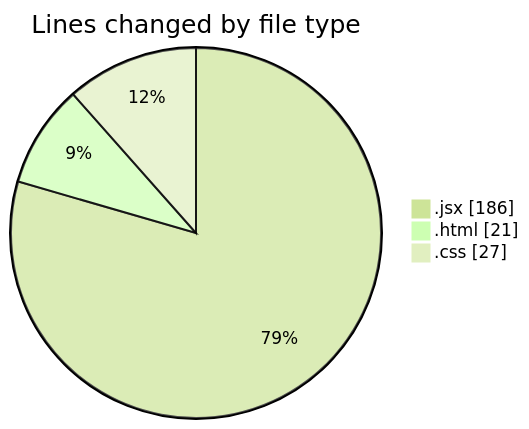
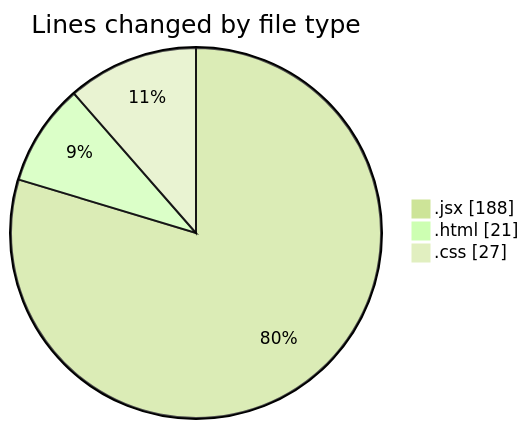
The first of 2 diagrams in 2025-02-13/elitegpt/README.md (Elitesun/code-tracking), drawn with Mermaid (forest theme) before and after one commit. The commit also changed other lines of this file and 1 other file, not shown here.

````diff
--- a/2025-02-13/elitegpt/README.md
+++ b/2025-02-13/elitegpt/README.md
@@ -26,7 +26,7 @@
 ```mermaid
 pie showData
 title Lines changed by file type
-".jsx" : 186
+".jsx" : 188
 ".html" : 21
 ".css" : 27
 ```
````
